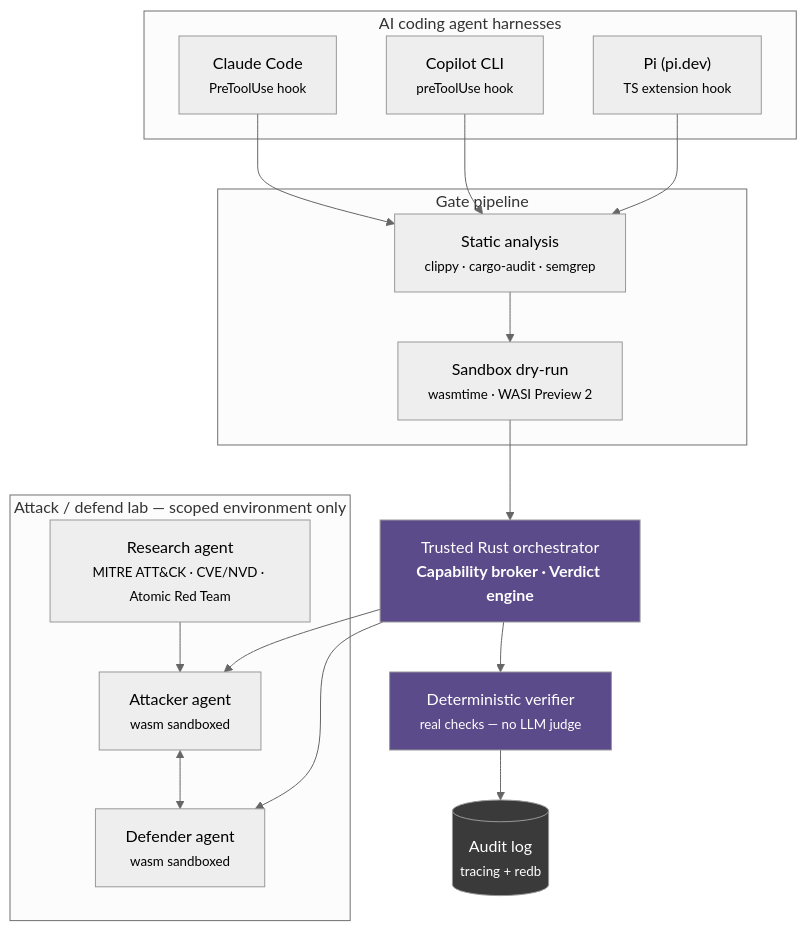
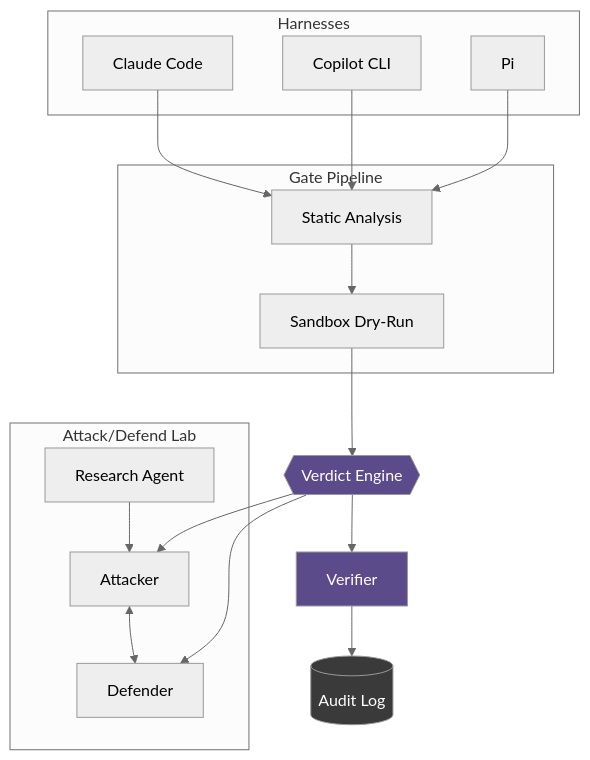
The diagram in README.md (arifbazli/rust-agentic-sandbox), drawn with Mermaid (neutral theme) before and after one commit. The commit also changed other lines of this file, not shown here.

Commit message:
Fix Mermaid diagram clipping, trim README for brevity

````diff
--- a/README.md
+++ b/README.md
@@ -15,39 +9,39 @@
 ```mermaid
 flowchart TB
-    subgraph harnesses["AI coding agent harnesses"]
-        CC["Claude Code<br/><small>PreToolUse hook</small>"]
-        CP["Copilot CLI<br/><small>preToolUse hook</small>"]
-        PI["Pi (pi.dev)<br/><small>TS extension hook</small>"]
+    subgraph Harnesses
+        CC[Claude Code]
+        CP[Copilot CLI]
+        PI[Pi]
     end
 
-    subgraph gate["Gate pipeline"]
-        SA["Static analysis<br/><small>clippy · cargo-audit · semgrep</small>"]
-        SB1["Sandbox dry-run<br/><small>wasmtime · WASI Preview 2</small>"]
+    subgraph Gate[Gate Pipeline]
+        SA[Static Analysis]
+        SB[Sandbox Dry-Run]
     end
 
-    subgraph lab["Attack / defend lab — scoped environment only"]
-        RA["Research agent<br/><small>MITRE ATT&CK · CVE/NVD · Atomic Red Team</small>"]
-        ATK["Attacker agent<br/><small>wasm sandboxed</small>"]
-        DEF["Defender agent<br/><small>wasm sandboxed</small>"]
+    subgraph Lab[Attack/Defend Lab]
+        RA[Research Agent]
+        ATK[Attacker]
+        DEF[Defender]
     end
 
-    ORCH["Trusted Rust orchestrator<br/><b>Capability broker · Verdict engine</b>"]
-    VER["Deterministic verifier<br/><small>real checks — no LLM judge</small>"]
-    AUDIT[("Audit log<br/><small>tracing + redb</small>")]
+    ORCH{{Verdict Engine}}
+    VER[Verifier]
+    AUDIT[(Audit Log)]
 
     CC --> SA
     CP --> SA
     PI --> SA
-    SA --> SB1 --> ORCH
+    SA --> SB --> ORCH
 
     RA --> ATK
     ATK <--> DEF
     ORCH --> ATK
     ORCH --> DEF
 
     ORCH --> VER --> AUDIT
 
     style ORCH fill:#5B4B8A,color:#fff
     style VER fill:#5B4B8A,color:#fff
     style AUDIT fill:#3A3A3A,color:#fff
 ```
````
